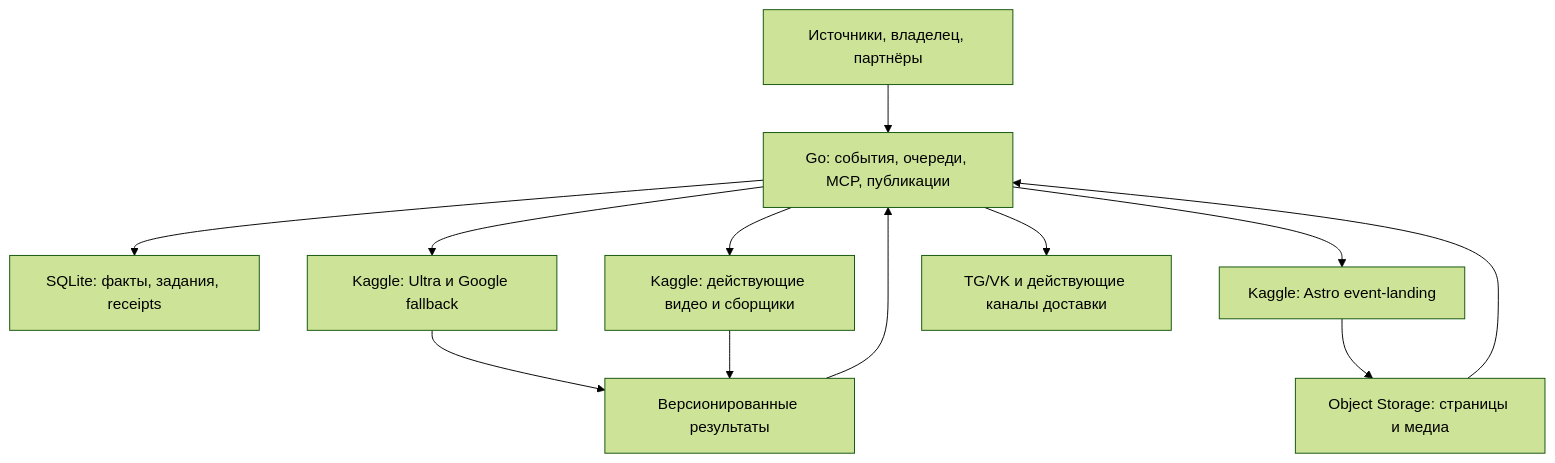
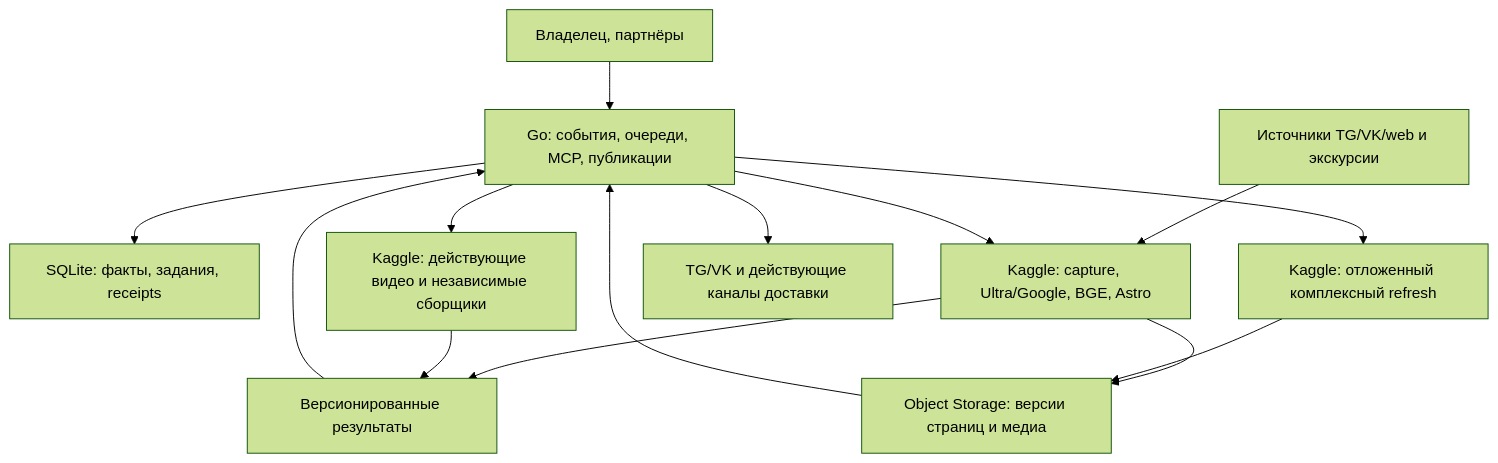
The diagram in docs/architecture/events-bot-2.0-to-be.md (onedayonemasterpiece/events-bot-new), drawn with Mermaid (forest theme) before and after one commit. The commit also changed other lines of this file, not shown here.

Commit message:
docs: align events-bot 2.0 with unified Kaggle and required guide digests

````diff
--- a/docs/architecture/events-bot-2.0-to-be.md
+++ b/docs/architecture/events-bot-2.0-to-be.md
@@ -96,14 +106,16 @@
 ```mermaid
 flowchart TD
-    A["Источники, владелец, партнёры"] --> G["Go: события, очереди, MCP, публикации"]
+    A["Владелец, партнёры"] --> G["Go: события, очереди, MCP, публикации"]
     G --> D["SQLite: факты, задания, receipts"]
-    G --> K["Kaggle: Ultra и Google fallback"]
-    G --> V["Kaggle: действующие видео и сборщики"]
+    I["Источники TG/VK/web и экскурсии"] --> K["Kaggle: capture, Ultra/Google, BGE, Astro"]
+    G --> K
+    G --> V["Kaggle: действующие видео и независимые сборщики"]
     K --> R["Версионированные результаты"]
     V --> R
     R --> G
-    G --> B["Kaggle: Astro event-landing"]
-    B --> P["Object Storage: страницы и медиа"]
+    G --> B["Kaggle: отложенный комплексный refresh"]
+    K --> P["Object Storage: версии страниц и медиа"]
+    B --> P
     P --> G
     G --> S["TG/VK и действующие каналы доставки"]
 ```
````
